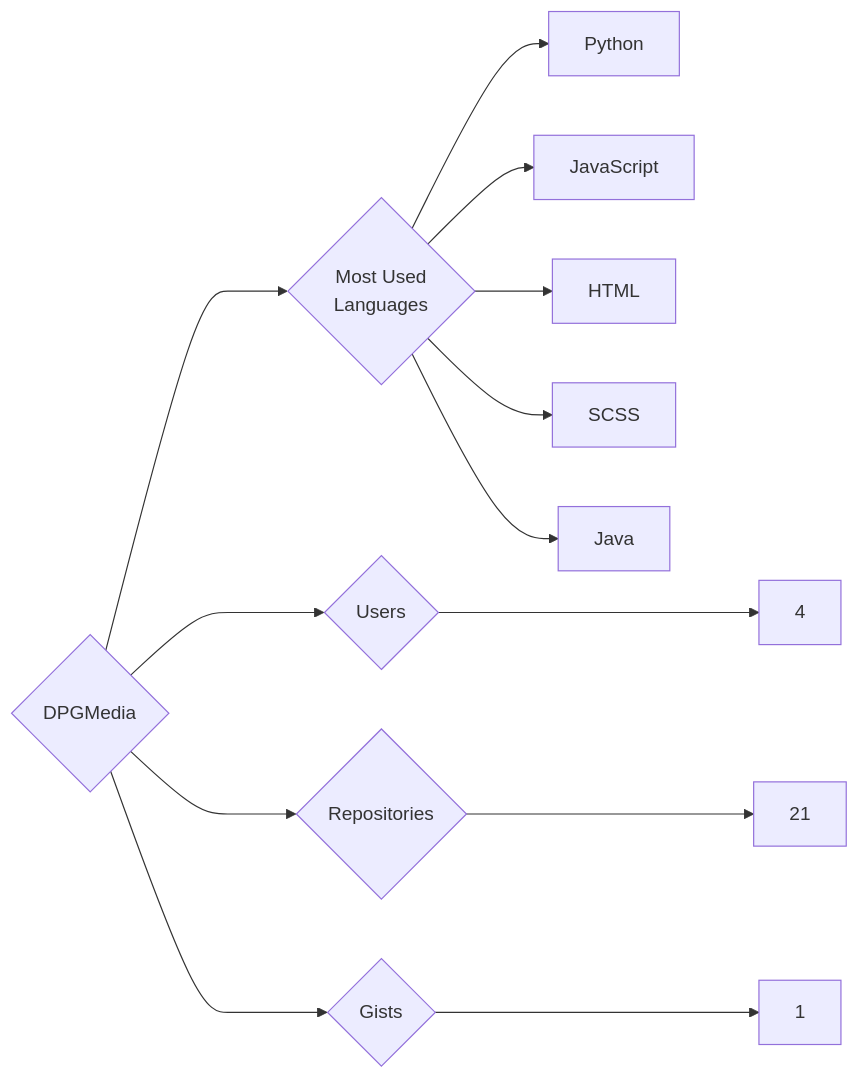
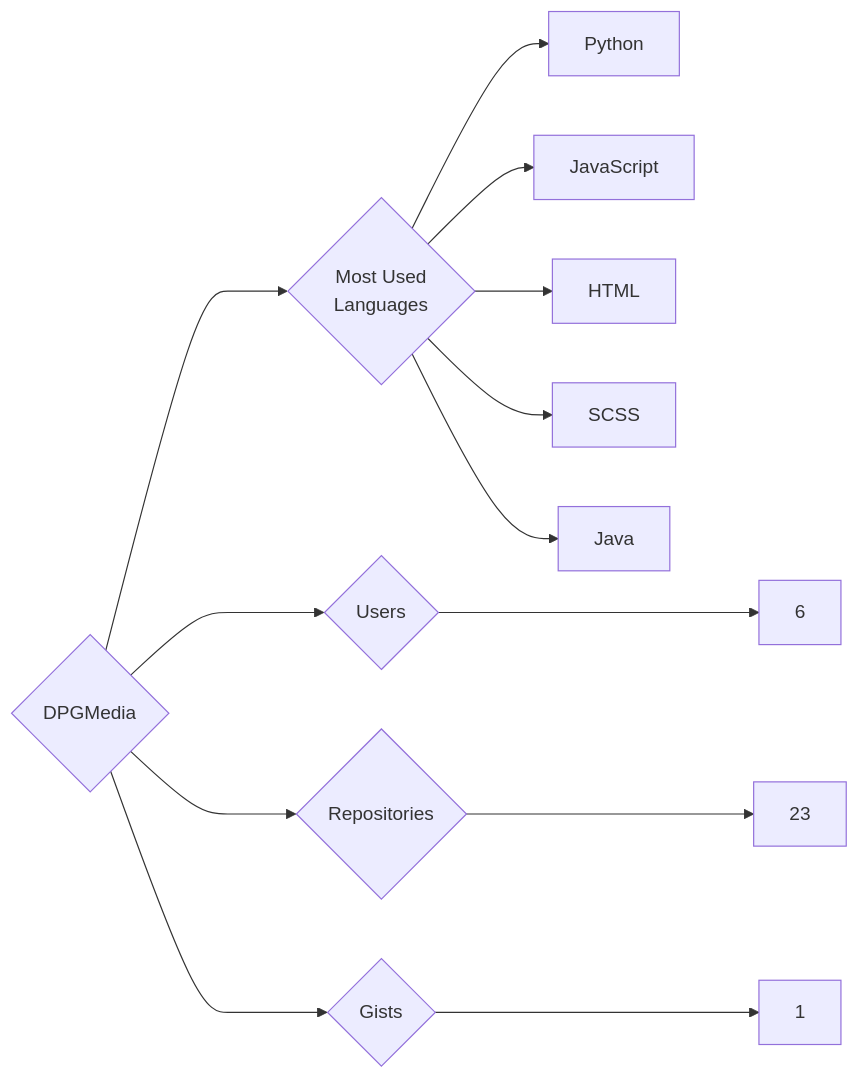
One commit to trickest/insiders changed the diagram in targets/DPGMedia/README.md. Above: the diagram before and after it, drawn with Mermaid. The commit also changed 840 other files, not shown here.

````diff
--- a/targets/DPGMedia/README.md
+++ b/targets/DPGMedia/README.md
@@ -3,13 +3,13 @@
 ```mermaid
 graph LR
 COMPANY_NAME{DPGMedia}
-COMPANY_NAME ---> U{Users} ---> UN[4]
-COMPANY_NAME ---> R{Repositories} ---> RN[21]
+COMPANY_NAME ---> U{Users} ---> UN[6]
+COMPANY_NAME ---> R{Repositories} ---> RN[23]
 COMPANY_NAME ---> G{Gists} ---> GN[1]
 COMPANY_NAME ---> ML{Most Used<br>Languages}
 ML --> Python[Python]
 ML --> JavaScript[JavaScript]
 ML --> HTML[HTML]
 ML --> SCSS[SCSS]
 ML --> Java[Java]
 ```
````
